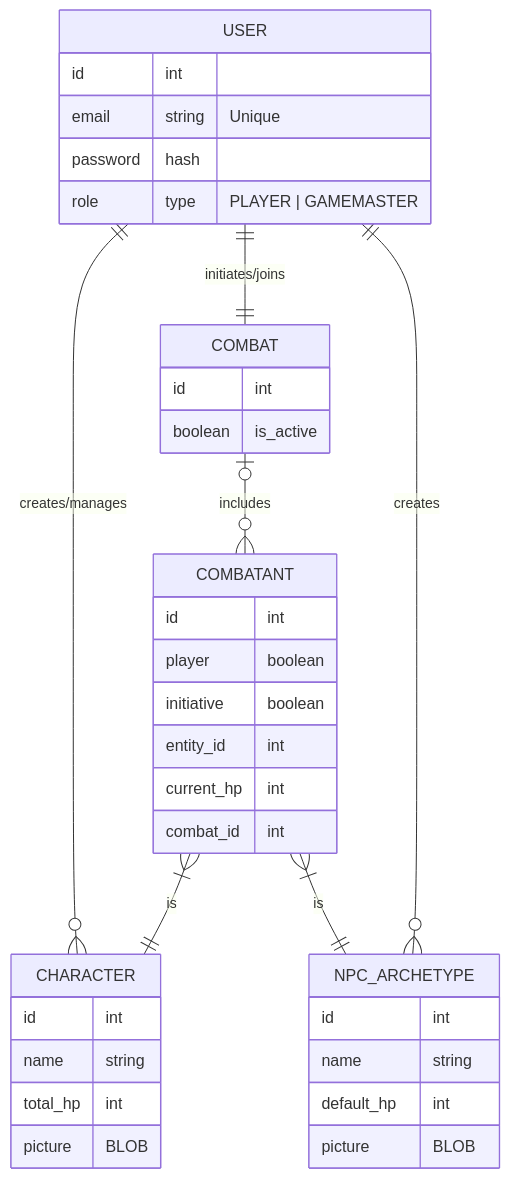
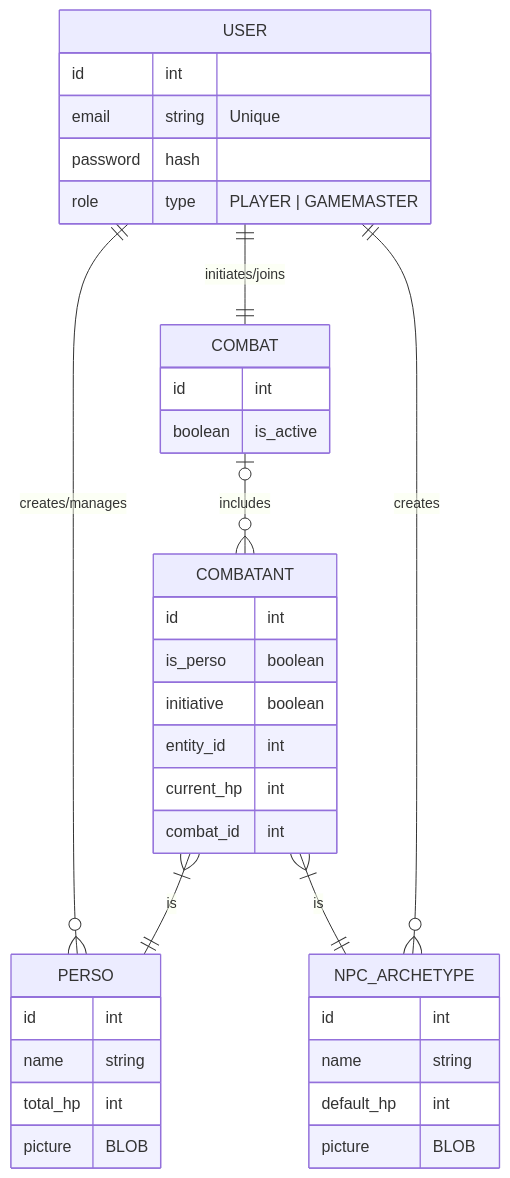
The diagram in back/db/db.md (Francois-Werbrouck/GameCaster), drawn with Mermaid before and after one commit. The commit also changed other lines of this file and 5 other files, not shown here.

````diff
--- a/back/db/db.md
+++ b/back/db/db.md
@@ -17,39 +17,39 @@
 ```mermaid
 erDiagram
     USER {
         id int
         email string "Unique"
         password hash
         role type "PLAYER | GAMEMASTER" 
     }
-    CHARACTER {
+    PERSO {
         id int
         name string
         total_hp int
         picture BLOB
     }
     NPC_ARCHETYPE {
         id int
         name string
         default_hp int
         picture BLOB
     }
     COMBAT {
         id int
         boolean is_active
     }
     COMBATANT{
         id int
-        player boolean
+        is_perso boolean
         initiative boolean
         entity_id int
         current_hp int
         combat_id int
     }
-    USER ||--o{ CHARACTER : "creates/manages"
+    USER ||--o{ PERSO : "creates/manages"
     COMBATANT }|--|| NPC_ARCHETYPE : "is"
     USER ||--o{ NPC_ARCHETYPE : "creates"
     USER ||--|| COMBAT : "initiates/joins"
-    COMBATANT }|--|| CHARACTER : "is"
+    COMBATANT }|--|| PERSO : "is"
     COMBAT |o--o{ COMBATANT : "includes"
 ```
````
